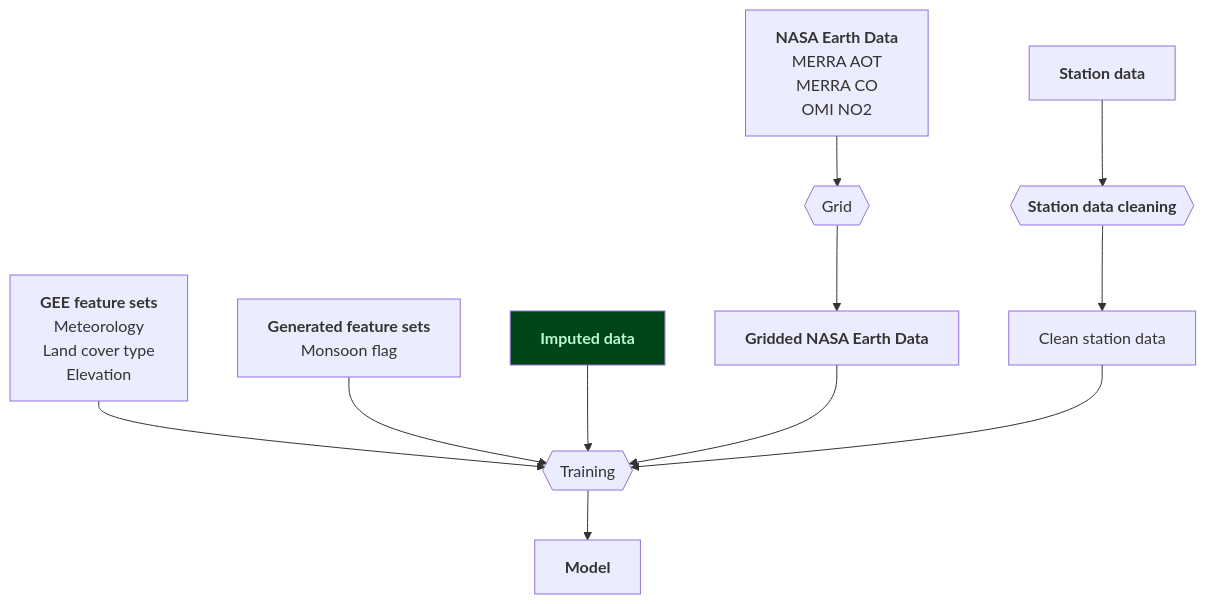
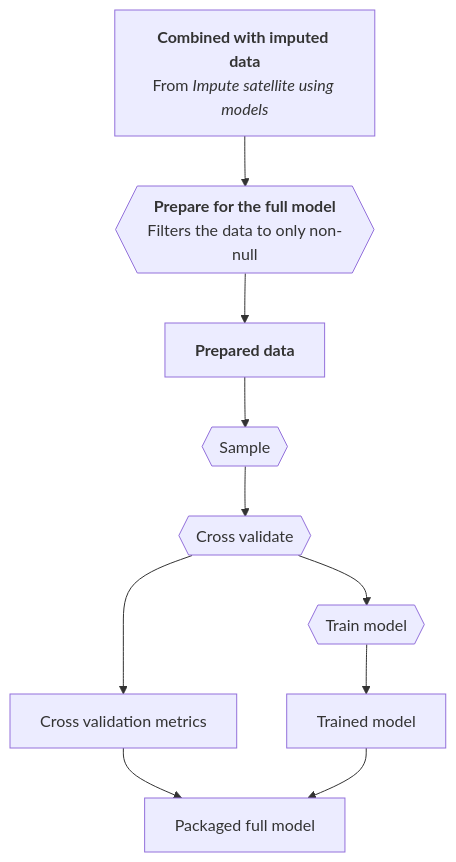
The fifth of 5 diagrams in README.md (energyandcleanair/india_map), drawn with Mermaid before and after one commit. The commit also changed other lines of this file, not shown here.

````diff
--- a/README.md
+++ b/README.md
@@ -300,68 +367,39 @@
 ```mermaid
 %%{init: {"flowchart": {"htmlLabels": false}} }%%
 flowchart TB
-  direction TB
 
-  nasa_earth_data["`
-    **NASA Earth Data**
-    MERRA AOT
-    MERRA CO
-    OMI NO2
-  `"]
-  grid_nasa_earth_data{{"Grid"}}
-  gridded_nasa_earth_data["`
-    **Gridded NASA Earth Data**
+  imputed_combined["`
+    **Combined with imputed data**
+    From _Impute satellite using models_
   `"]
 
-  gee_feature_sets["`
-    **GEE feature sets**
-    Meteorology
-    Land cover type
-    Elevation
+  prepare_full_model{{"`
+    **Prepare for the full model**
+    Filters the data to only non-null 
+  `"}}
+
+  prepared_full_model["`
+    **Prepared data**
   `"]
 
-  generated_feature_sets["`
-    **Generated feature sets**
-    Monsoon flag
-  `"]
+  sample{{"Sample"}}
+  cross_validate{{"Cross validate"}}
+  cv_metrics["Cross validation metrics"]
+  train{{"Train model"}}
+  model["Trained model"]
+  packaged_model["Packaged full model"]
 
-  imputed_data["`
-    **Imputed data**
-  `"]
+  
+  imputed_combined -->
+    prepare_full_model -->
+    prepared_full_model -->
+    sample -->
+    cross_validate
 
-  station_data["`
-    **Station data**
-  `"]
+  cross_validate --> train
+  cross_validate --> cv_metrics
+  train --> model
 
-  station_data_cleaning{{"`
-    **Station data cleaning**
-  `"}}
-
-  clean_station_data["`
-    Clean station data
-  `"]
-
-  training{{Training}}
-
-  model["`
-    **Model**
-  `"]
-
-  nasa_earth_data --> grid_nasa_earth_data --> gridded_nasa_earth_data
-
-  station_data --> station_data_cleaning --> clean_station_data
-
-  gee_feature_sets --> training
-  generated_feature_sets --> training
-  imputed_data --> training
-  gridded_nasa_earth_data --> training
-  clean_station_data --> training
-
-  training --> model
-
-  classDef from_elsewhere fill:#004517,color:#bdfcd2;
-
-  class imputed_data from_elsewhere
-
-
+  cv_metrics --> packaged_model
+  model --> packaged_model
 ```
````
